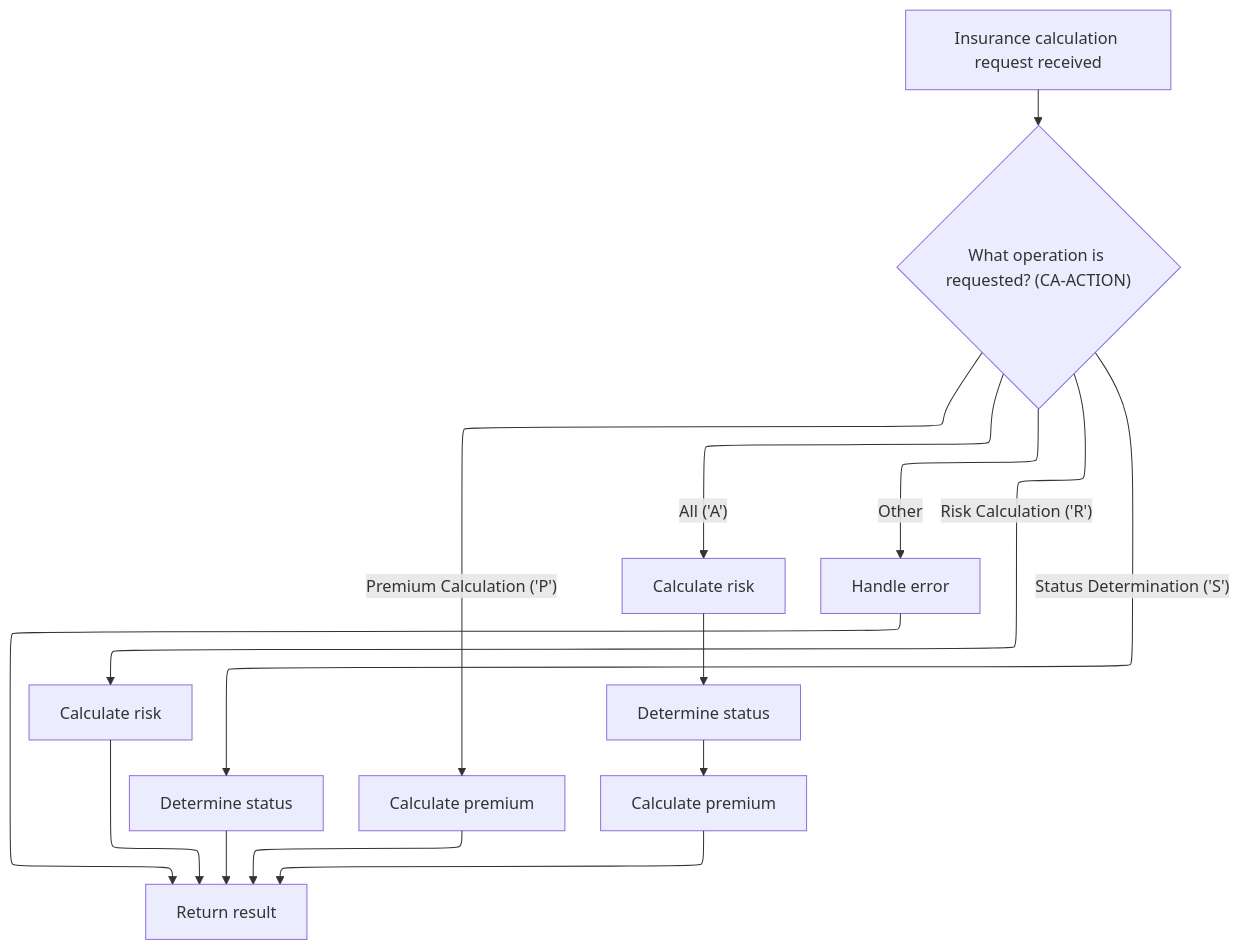
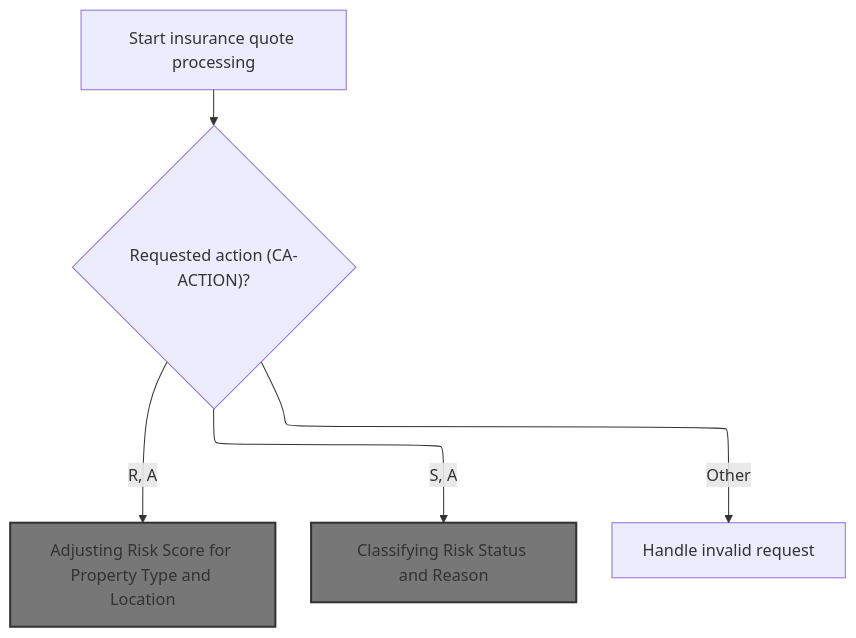
One commit to Giri-Swimm/Swimmio-genapp-motor changed the second of 4 diagrams in .swm/risk-assessment-and-premium-calculation-lgpcalc1.a7vdekvv.sw.md. Above: the diagram before and after it, drawn with Mermaid. The commit also changed other lines of this file and 21 other files, not shown here.

````diff
--- a/.swm/risk-assessment-and-premium-calculation-lgpcalc1.a7vdekvv.sw.md
+++ b/.swm/risk-assessment-and-premium-calculation-lgpcalc1.a7vdekvv.sw.md
@@ -208,56 +205,38 @@
 ```mermaid
 %%{init: {"flowchart": {"defaultRenderer": "elk"}} }%%
 flowchart TD
-    node1["Insurance calculation request received"] --> node2{"What operation is requested? (CA-ACTION)"}
+    node1["Start insurance quote processing"] --> node2{"Requested action (CA-ACTION)?"}
     click node1 openCode "base/src/lgpcalc1.cbl:120:122"
-    node2 -->|"Risk Calculation ('R')"| node3["Calculate risk"]
+    node2 -->|"R, A"| node3["Adjusting Risk Score for Property Type and Location"]
     click node2 openCode "base/src/lgpcalc1.cbl:127:140"
-    node2 -->|"Status Determination ('S')"| node4["Determine status"]
-    node2 -->|"Premium Calculation ('P')"| node5["Calculate premium"]
-    node2 -->|"All ('A')"| node6["Calculate risk"]
-    node6 --> node7["Determine status"]
-    node7 --> node8["Calculate premium"]
-    node2 -->|"Other"| node9["Handle error"]
-    node3 --> node10["Return result"]
-    node4 --> node10
-    node5 --> node10
-    node8 --> node10
-    node9 --> node10
-    click node3 openCode "base/src/lgpcalc1.cbl:129:129"
-    click node4 openCode "base/src/lgpcalc1.cbl:131:131"
-    click node5 openCode "base/src/lgpcalc1.cbl:133:133"
-    click node6 openCode "base/src/lgpcalc1.cbl:135:135"
-    click node7 openCode "base/src/lgpcalc1.cbl:136:136"
-    click node8 openCode "base/src/lgpcalc1.cbl:137:137"
-    click node9 openCode "base/src/lgpcalc1.cbl:139:139"
-    click node10 openCode "base/src/lgpcalc1.cbl:142:142"
+    
+    node2 -->|"S, A"| node4["Classifying Risk Status and Reason"]
+    
+    node2 -->|"Other"| node5["Handle invalid request"]
+    click node5 openCode "base/src/lgpcalc1.cbl:259:268"
+
 classDef HeadingStyle fill:#777777,stroke:#333,stroke-width:2px;
+click node3 goToHeading "Adjusting Risk Score for Property Type and Location"
+node3:::HeadingStyle
+click node4 goToHeading "Classifying Risk Status and Reason"
+node4:::HeadingStyle
 
 %% Swimm:
 %% %%{init: {"flowchart": {"defaultRenderer": "elk"}} }%%
 %% flowchart TD
-%%     node1["Insurance calculation request received"] --> node2{"What operation is requested? (<SwmToken path="base/src/lgpcalc1.cbl" pos="127:3:5" line-data="           EVALUATE CA-ACTION">`CA-ACTION`</SwmToken>)"}
+%%     node1["Start insurance quote processing"] --> node2{"Requested action (<SwmToken path="base/src/lgpcalc1.cbl" pos="127:3:5" line-data="           EVALUATE CA-ACTION">`CA-ACTION`</SwmToken>)?"}
 %%     click node1 openCode "<SwmPath>[base/src/lgpcalc1.cbl](base/src/lgpcalc1.cbl)</SwmPath>:120:122"
-%%     node2 -->|"Risk Calculation ('R')"| node3["Calculate risk"]
+%%     node2 -->|"R, A"| node3["Adjusting Risk Score for Property Type and Location"]
 %%     click node2 openCode "<SwmPath>[base/src/lgpcalc1.cbl](base/src/lgpcalc1.cbl)</SwmPath>:127:140"
-%%     node2 -->|"Status Determination ('S')"| node4["Determine status"]
-%%     node2 -->|"Premium Calculation ('P')"| node5["Calculate premium"]
-%%     node2 -->|"All ('A')"| node6["Calculate risk"]
-%%     node6 --> node7["Determine status"]
-%%     node7 --> node8["Calculate premium"]
-%%     node2 -->|"Other"| node9["Handle error"]
-%%     node3 --> node10["Return result"]
-%%     node4 --> node10
-%%     node5 --> node10
-%%     node8 --> node10
-%%     node9 --> node10
-%%     click node3 openCode "<SwmPath>[base/src/lgpcalc1.cbl](base/src/lgpcalc1.cbl)</SwmPath>:129:129"
-%%     click node4 openCode "<SwmPath>[base/src/lgpcalc1.cbl](base/src/lgpcalc1.cbl)</SwmPath>:131:131"
-%%     click node5 openCode "<SwmPath>[base/src/lgpcalc1.cbl](base/src/lgpcalc1.cbl)</SwmPath>:133:133"
-%%     click node6 openCode "<SwmPath>[base/src/lgpcalc1.cbl](base/src/lgpcalc1.cbl)</SwmPath>:135:135"
-%%     click node7 openCode "<SwmPath>[base/src/lgpcalc1.cbl](base/src/lgpcalc1.cbl)</SwmPath>:136:136"
-%%     click node8 openCode "<SwmPath>[base/src/lgpcalc1.cbl](base/src/lgpcalc1.cbl)</SwmPath>:137:137"
-%%     click node9 openCode "<SwmPath>[base/src/lgpcalc1.cbl](base/src/lgpcalc1.cbl)</SwmPath>:139:139"
-%%     click node10 openCode "<SwmPath>[base/src/lgpcalc1.cbl](base/src/lgpcalc1.cbl)</SwmPath>:142:142"
+%%     
+%%     node2 -->|"S, A"| node4["Classifying Risk Status and Reason"]
+%%     
+%%     node2 -->|"Other"| node5["Handle invalid request"]
+%%     click node5 openCode "<SwmPath>[base/src/lgpcalc1.cbl](base/src/lgpcalc1.cbl)</SwmPath>:259:268"
+%% 
 %% classDef HeadingStyle fill:#777777,stroke:#333,stroke-width:2px;
+%% click node3 goToHeading "Adjusting Risk Score for Property Type and Location"
+%% node3:::HeadingStyle
+%% click node4 goToHeading "Classifying Risk Status and Reason"
+%% node4:::HeadingStyle
 ```
````
